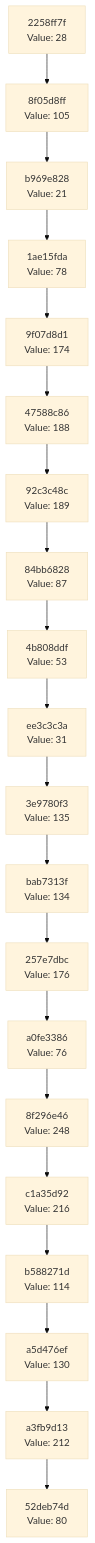
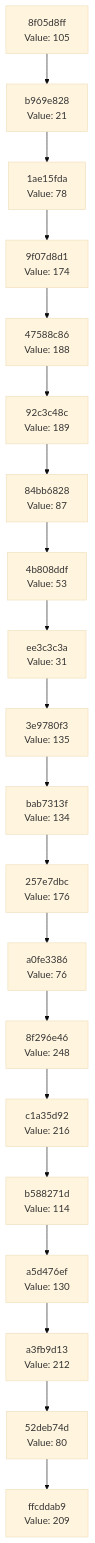
Before and after one commit to Abhisheksinha1506/hash-chain-evolver: the diagram in docs/CHAIN_VISUALIZATION.md, drawn with Mermaid (base theme). The commit also changed 2 other files, not shown here.

Commit message:
Evolution Step

````diff
--- a/docs/CHAIN_VISUALIZATION.md
+++ b/docs/CHAIN_VISUALIZATION.md
@@ -3,42 +3,42 @@
 ```mermaid
 graph TD
-    C0["52deb74d<br/>Value: 80"]
-    C1["a3fb9d13<br/>Value: 212"]
+    C0["ffcddab9<br/>Value: 209"]
+    C1["52deb74d<br/>Value: 80"]
     C1 --> C0
-    C2["a5d476ef<br/>Value: 130"]
+    C2["a3fb9d13<br/>Value: 212"]
     C2 --> C1
-    C3["b588271d<br/>Value: 114"]
+    C3["a5d476ef<br/>Value: 130"]
     C3 --> C2
-    C4["c1a35d92<br/>Value: 216"]
+    C4["b588271d<br/>Value: 114"]
     C4 --> C3
-    C5["8f296e46<br/>Value: 248"]
+    C5["c1a35d92<br/>Value: 216"]
     C5 --> C4
-    C6["a0fe3386<br/>Value: 76"]
+    C6["8f296e46<br/>Value: 248"]
     C6 --> C5
-    C7["257e7dbc<br/>Value: 176"]
+    C7["a0fe3386<br/>Value: 76"]
     C7 --> C6
-    C8["bab7313f<br/>Value: 134"]
+    C8["257e7dbc<br/>Value: 176"]
     C8 --> C7
-    C9["3e9780f3<br/>Value: 135"]
+    C9["bab7313f<br/>Value: 134"]
     C9 --> C8
-    C10["ee3c3c3a<br/>Value: 31"]
+    C10["3e9780f3<br/>Value: 135"]
     C10 --> C9
-    C11["4b808ddf<br/>Value: 53"]
+    C11["ee3c3c3a<br/>Value: 31"]
     C11 --> C10
-    C12["84bb6828<br/>Value: 87"]
+    C12["4b808ddf<br/>Value: 53"]
     C12 --> C11
-    C13["92c3c48c<br/>Value: 189"]
+    C13["84bb6828<br/>Value: 87"]
     C13 --> C12
-    C14["47588c86<br/>Value: 188"]
+    C14["92c3c48c<br/>Value: 189"]
     C14 --> C13
-    C15["9f07d8d1<br/>Value: 174"]
+    C15["47588c86<br/>Value: 188"]
     C15 --> C14
-    C16["1ae15fda<br/>Value: 78"]
+    C16["9f07d8d1<br/>Value: 174"]
     C16 --> C15
-    C17["b969e828<br/>Value: 21"]
+    C17["1ae15fda<br/>Value: 78"]
     C17 --> C16
-    C18["8f05d8ff<br/>Value: 105"]
+    C18["b969e828<br/>Value: 21"]
     C18 --> C17
-    C19["2258ff7f<br/>Value: 28"]
+    C19["8f05d8ff<br/>Value: 105"]
     C19 --> C18
 ```
````
